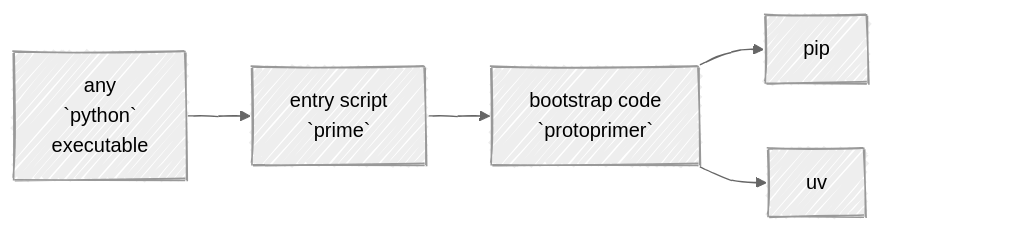
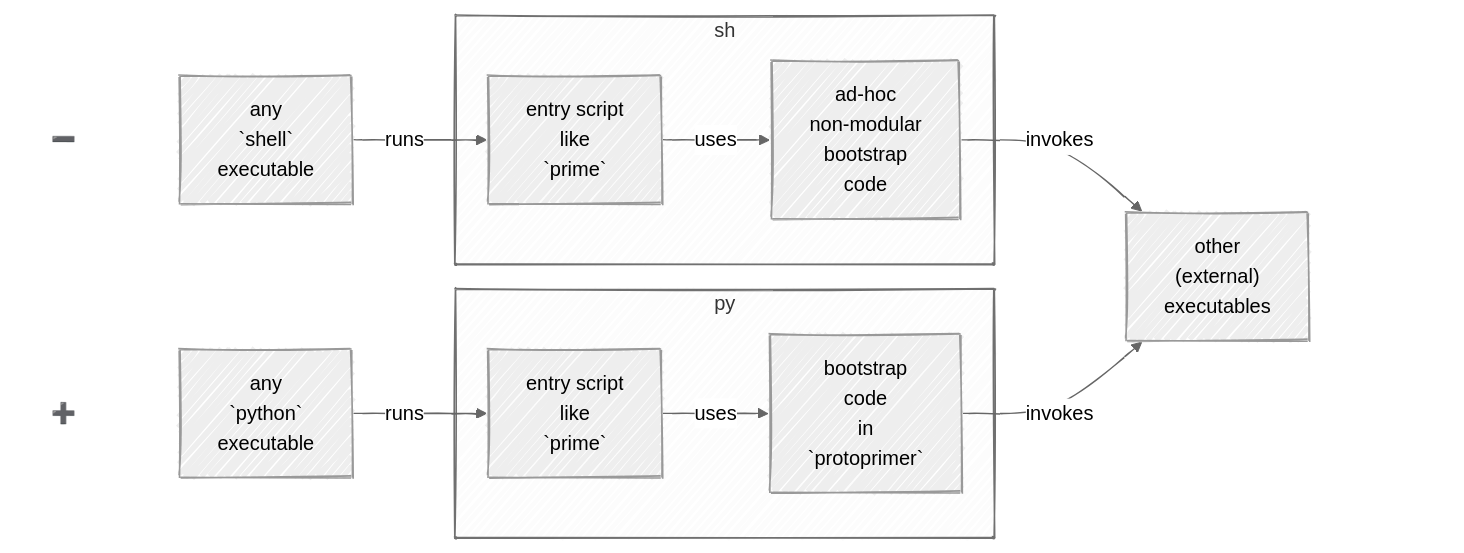
The first of 4 diagrams in readme.md (uvsmtid/protoprimer), drawn with Mermaid before and after one commit. The commit also changed other lines of this file and 154 other files, not shown here.

````diff
--- a/readme.md
+++ b/readme.md
@@ -45,26 +55,43 @@
 ```mermaid
 ---
 config:
   look: handDrawn
   theme: neutral
 ---
 flowchart LR;
+    heavy_minus["➖"];
+    shell_exec["any<br>`shell`<br>executable"];
+    subgraph "sh"
+        sh_entry_script["entry script<br>like<br>`prime`"];
+        embedded_code["ad-hoc<br>non-modular<br>bootstrap<br>code"];
+    end
+
+    heavy_plus["➕"];
     python_exec["any<br>`python`<br>executable"];
-    entry_script["entry script<br>`prime`"];
-    proto_code["bootstrap code<br>`protoprimer`"];
-    pip_driver["`pip`"];
-    uv_driver["`uv`"];
-    invis_1[ ];
-    invis_2[ ];
+    subgraph "py"
+        py_entry_script["entry script<br>like<br>`prime`"];
+        proto_code["bootstrap<br>code<br>in<br>`protoprimer`"];
+    end
 
-    python_exec --> entry_script;
-    entry_script --> proto_code;
-    proto_code --> pip_driver;
-    proto_code --> uv_driver;
+    external_exec["other<br>(external)<br>executables"];
 
-    pip_driver ~~~ invis_1;
-    uv_driver ~~~ invis_2;
+    invis_block[ ];
 
-    style invis_1 fill:none,stroke:none;
-    style invis_2 fill:none,stroke:none;
+    heavy_minus ~~~ shell_exec;
+    shell_exec --runs--> sh_entry_script;
+    sh_entry_script --uses--> embedded_code;
+
+    heavy_plus ~~~ python_exec;
+    python_exec --runs--> py_entry_script;
+    py_entry_script --uses--> proto_code;
+
+    embedded_code --invokes--> external_exec;
+    proto_code --invokes--> external_exec;
+
+    external_exec ~~~ invis_block;
+
+    style heavy_minus fill:none,stroke:none;
+    style heavy_plus fill:none,stroke:none;
+
+    style invis_block fill:none,stroke:none;
 ```
````
